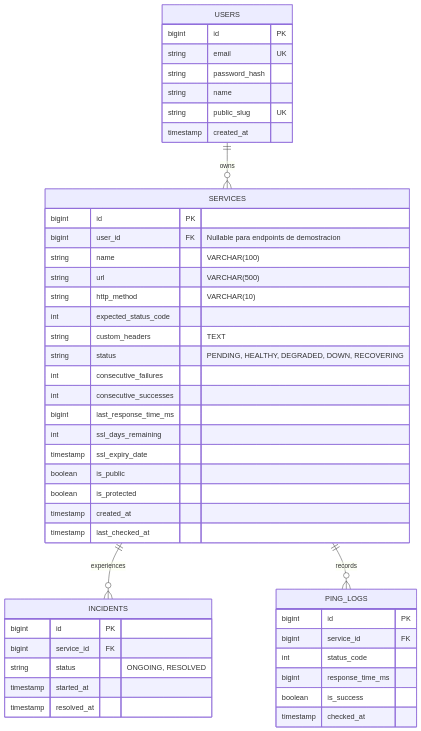
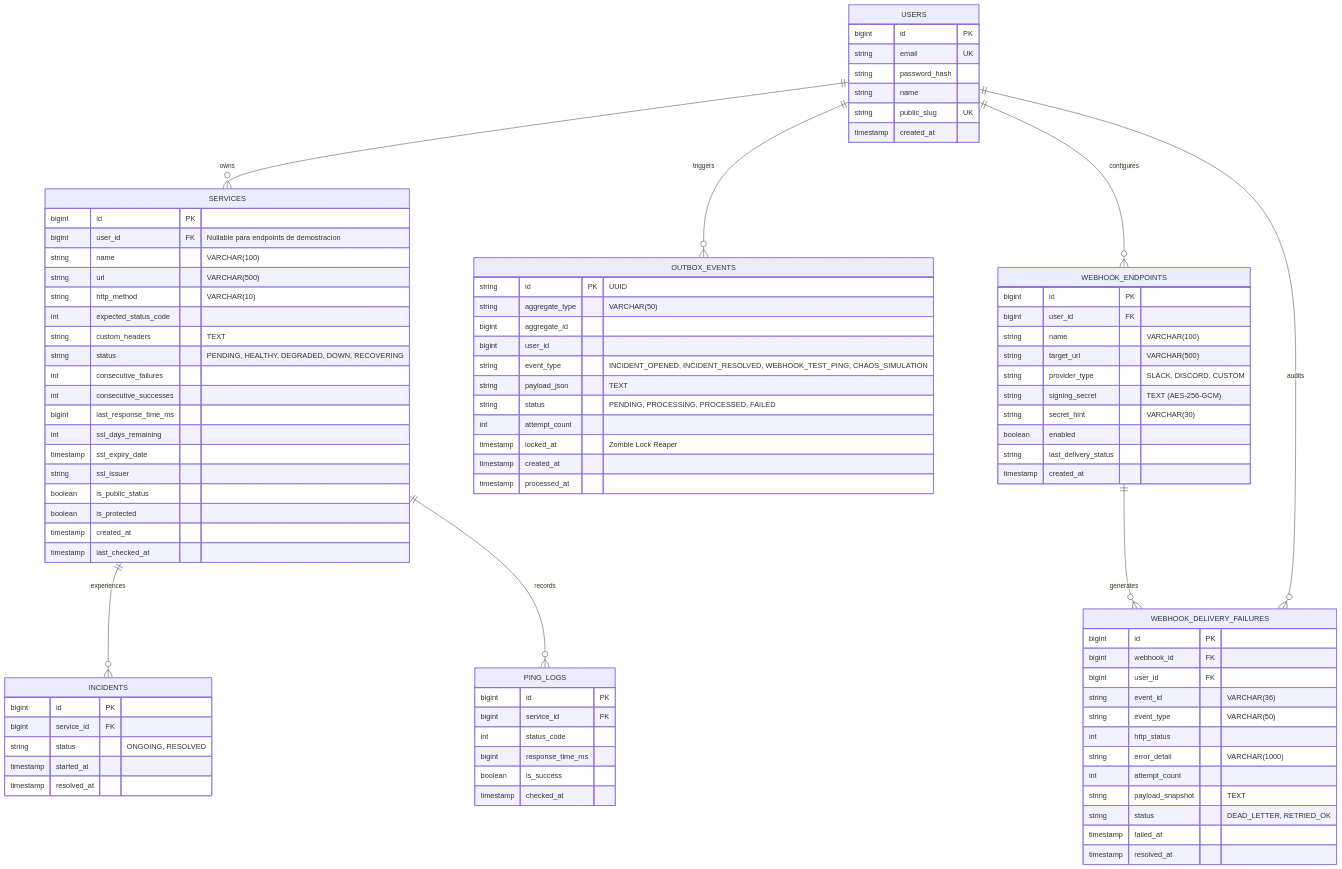
One commit to Marcosdaag/deploy-ops changed the first of 2 diagrams in docs/DOMAIN_AND_RULES.md. Above: the diagram before and after it, drawn with Mermaid. The commit also changed other lines of this file and 50 other files, not shown here.

Commit message:
feat(v2-fase2): motor outbox transaccional, topologia rabbitmq, webhooks aes-gcm y hmac, dlq y simulador de caos

````diff
--- a/docs/DOMAIN_AND_RULES.md
+++ b/docs/DOMAIN_AND_RULES.md
@@ -13,6 +13,10 @@
     USERS ||--o{ SERVICES : owns
     SERVICES ||--o{ INCIDENTS : experiences
     SERVICES ||--o{ PING_LOGS : records
+    USERS ||--o{ OUTBOX_EVENTS : triggers
+    USERS ||--o{ WEBHOOK_ENDPOINTS : configures
+    WEBHOOK_ENDPOINTS ||--o{ WEBHOOK_DELIVERY_FAILURES : generates
+    USERS ||--o{ WEBHOOK_DELIVERY_FAILURES : audits
 
     USERS {
         bigint id PK
@@ -37,7 +41,8 @@
         bigint last_response_time_ms
         int ssl_days_remaining
         timestamp ssl_expiry_date
-        boolean is_public
+        string ssl_issuer
+        boolean is_public_status
         boolean is_protected
         timestamp created_at
         timestamp last_checked_at
@@ -59,4 +64,46 @@
         boolean is_success
         timestamp checked_at
     }
+
+    OUTBOX_EVENTS {
+        string id PK "UUID"
+        string aggregate_type "VARCHAR(50)"
+        bigint aggregate_id
+        bigint user_id
+        string event_type "INCIDENT_OPENED, INCIDENT_RESOLVED, WEBHOOK_TEST_PING, CHAOS_SIMULATION"
+        string payload_json "TEXT"
+        string status "PENDING, PROCESSING, PROCESSED, FAILED"
+        int attempt_count
+        timestamp locked_at "Zombie Lock Reaper"
+        timestamp created_at
+        timestamp processed_at
+    }
+
+    WEBHOOK_ENDPOINTS {
+        bigint id PK
+        bigint user_id FK
+        string name "VARCHAR(100)"
+        string target_url "VARCHAR(500)"
+        string provider_type "SLACK, DISCORD, CUSTOM"
+        string signing_secret "TEXT (AES-256-GCM)"
+        string secret_hint "VARCHAR(30)"
+        boolean enabled
+        string last_delivery_status
+        timestamp created_at
+    }
+
+    WEBHOOK_DELIVERY_FAILURES {
+        bigint id PK
+        bigint webhook_id FK
+        bigint user_id FK
+        string event_id "VARCHAR(36)"
+        string event_type "VARCHAR(50)"
+        int http_status
+        string error_detail "VARCHAR(1000)"
+        int attempt_count
+        string payload_snapshot "TEXT"
+        string status "DEAD_LETTER, RETRIED_OK"
+        timestamp failed_at
+        timestamp resolved_at
+    }
 ```
````
